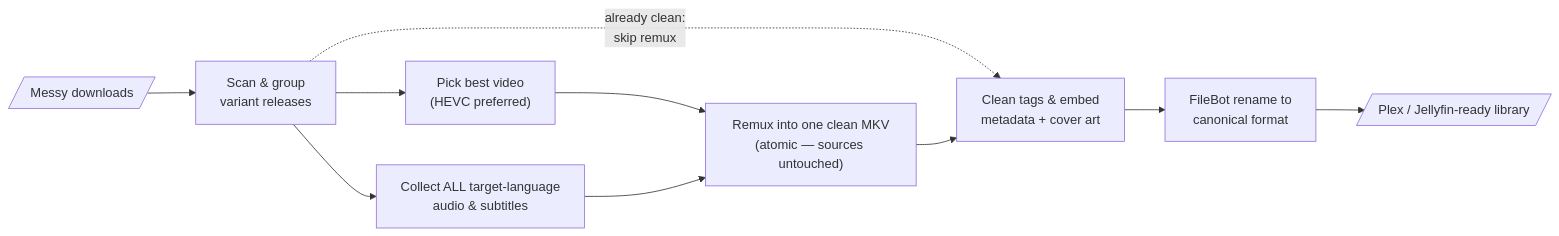
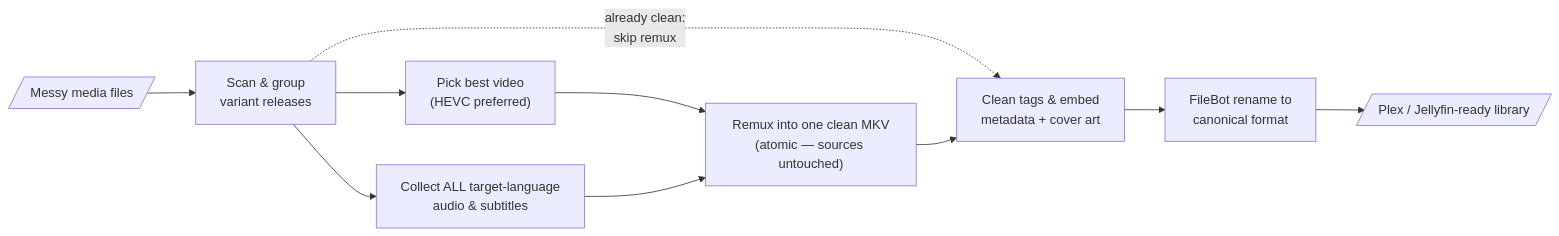
The diagram in README.md (atikansari-ghr/MediaCleanup), drawn with Mermaid before and after one commit. The commit also changed other lines of this file and 1 other file, not shown here.

````diff
--- a/README.md
+++ b/README.md
@@ -39,12 +39,12 @@
 ```mermaid
 flowchart LR
-    A[/"Messy downloads"/] --> B["Scan & group<br/>variant releases"]
+    A[/"Messy media files"/] --> B["Scan & group<br/>variant releases"]
     B --> C["Pick best video<br/>(HEVC preferred)"]
     B --> D["Collect ALL target-language<br/>audio & subtitles"]
     C --> E["Remux into one clean MKV<br/>(atomic — sources untouched)"]
     D --> E
     B -.->|"already clean:<br/>skip remux"| F
     E --> F["Clean tags & embed<br/>metadata + cover art"]
     F --> G["FileBot rename to<br/>canonical format"]
     G --> H[/"Plex / Jellyfin-ready library"/]
 ```
````
